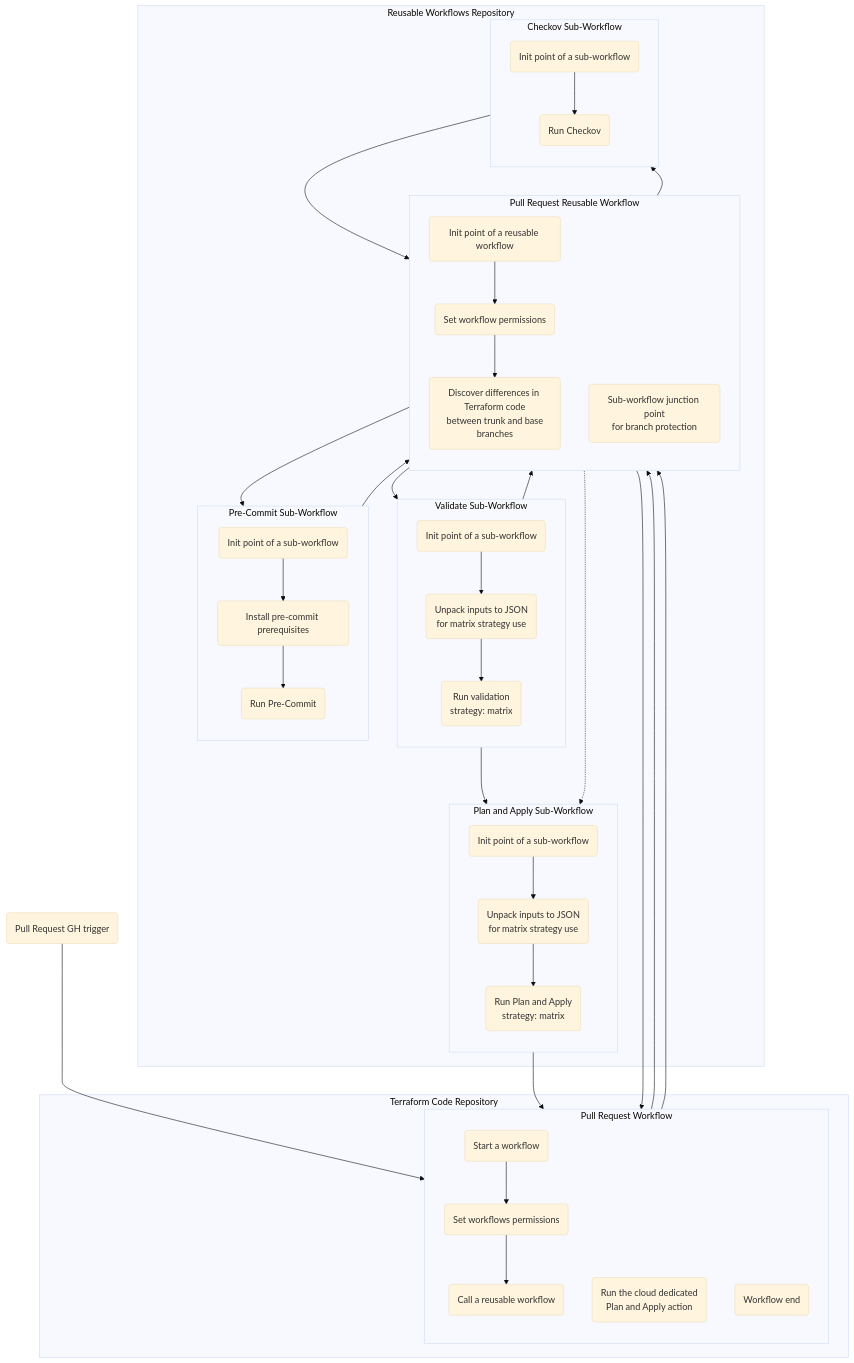
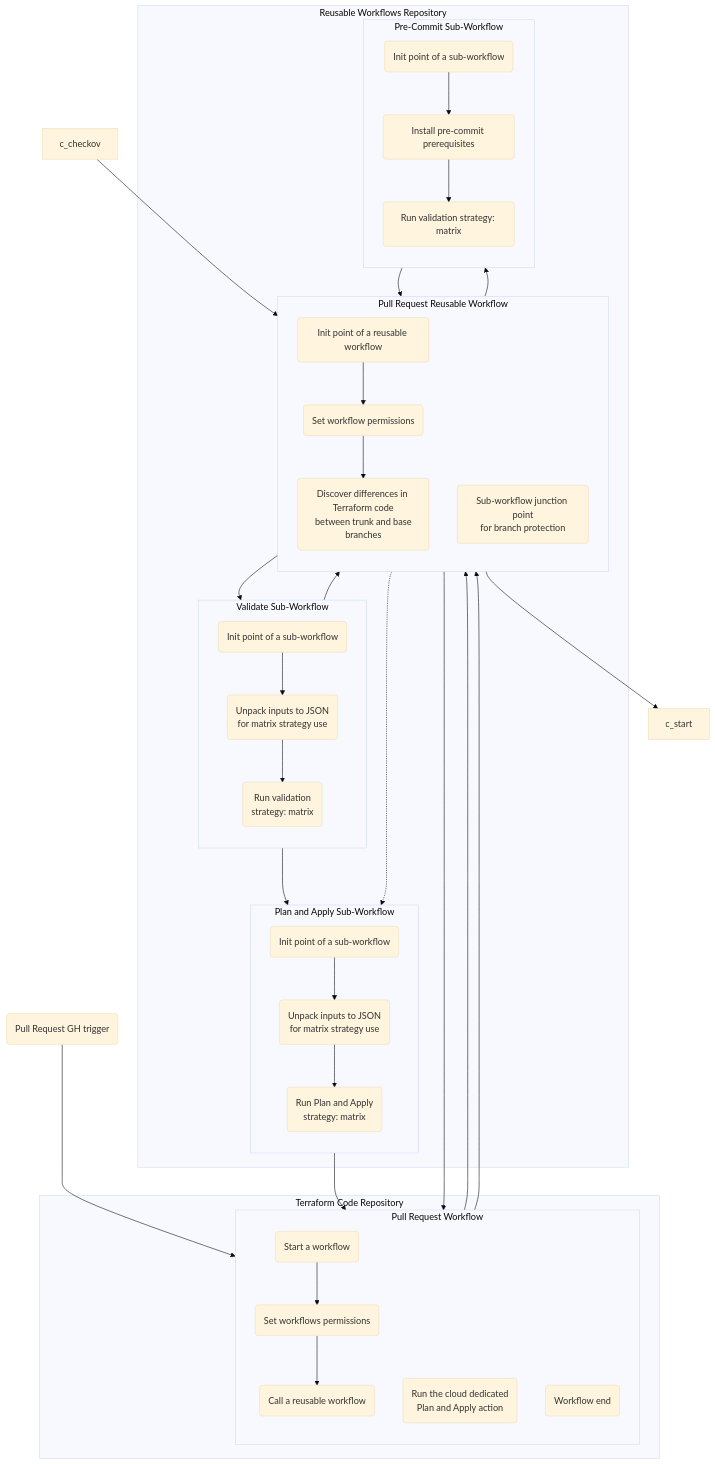
Before and after one commit to PaloAltoNetworks/terraform-modules-swfw-ci-workflows: the second of 2 diagrams in README.md, drawn with Mermaid (base theme).

Commit message:
Update README.MD workflows.

````diff
--- a/README.md
+++ b/README.md
@@ -42,55 +42,51 @@
 ```mermaid
 flowchart
   trig(Pull Request GH trigger) --> t_start
   subgraph Terraform Code Repository
     subgraph T [Pull Request Workflow]
         direction TB
         t_start(Start a workflow)-->t_init(Set workflows permissions)
         t_init-->t_call(Call a reusable workflow)
         t_apply_action(Run the cloud dedicated\nPlan and Apply action)
         t_stop(Workflow end)
     end
   end
   subgraph Reusable Workflows Repository
     subgraph G [Pull Request Reusable Workflow]
         direction TB
         g_start(Init point of a reusable workflow)-->g_init(Set workflow permissions)
         g_init-->g_diff(Discover differences in Terraform code\n between trunk and base branches)
         g_junction(Sub-workflow junction point\nfor branch protection)
     end
     subgraph V [Validate Sub-Workflow]
         direction TB
         v_start(Init point of a sub-workflow)-->v_unpack(Unpack inputs to JSON\nfor matrix strategy use)
         v_unpack-->v_validate(Run validation\nstrategy: matrix)
     end
     subgraph A [Plan and Apply Sub-Workflow]
         direction TB
         a_start(Init point of a sub-workflow)-->a_unpack(Unpack inputs to JSON\nfor matrix strategy use)
         a_unpack-->a_apply(Run Plan and Apply\nstrategy: matrix)
     end
     subgraph P [Pre-Commit Sub-Workflow]
         direction TB
         p_start(Init point of a sub-workflow)-->p_prereq(Install pre-commit prerequisites)
-        p_prereq-->p_pre_commit(Run Pre-Commit)
-    end
-    subgraph C [Checkov Sub-Workflow]
-        direction TB
-        c_start(Init point of a sub-workflow)-->c_checkov(Run Checkov)
+        p_prereq-->p_pre_commit(Run validation strategy: matrix)
     end
   end
   t_call-->g_start
   g_diff-->v_start
   g_diff-...->a_start
   g_init-->p_start
   g_init-->c_start
 
   v_validate-->a_start
 
   a_apply-->t_apply_action
 
   t_apply_action-->g_junction
   p_pre_commit-->g_junction
   c_checkov-->g_junction
   v_validate-->g_junction
   g_junction-->t_stop
 ```
````
